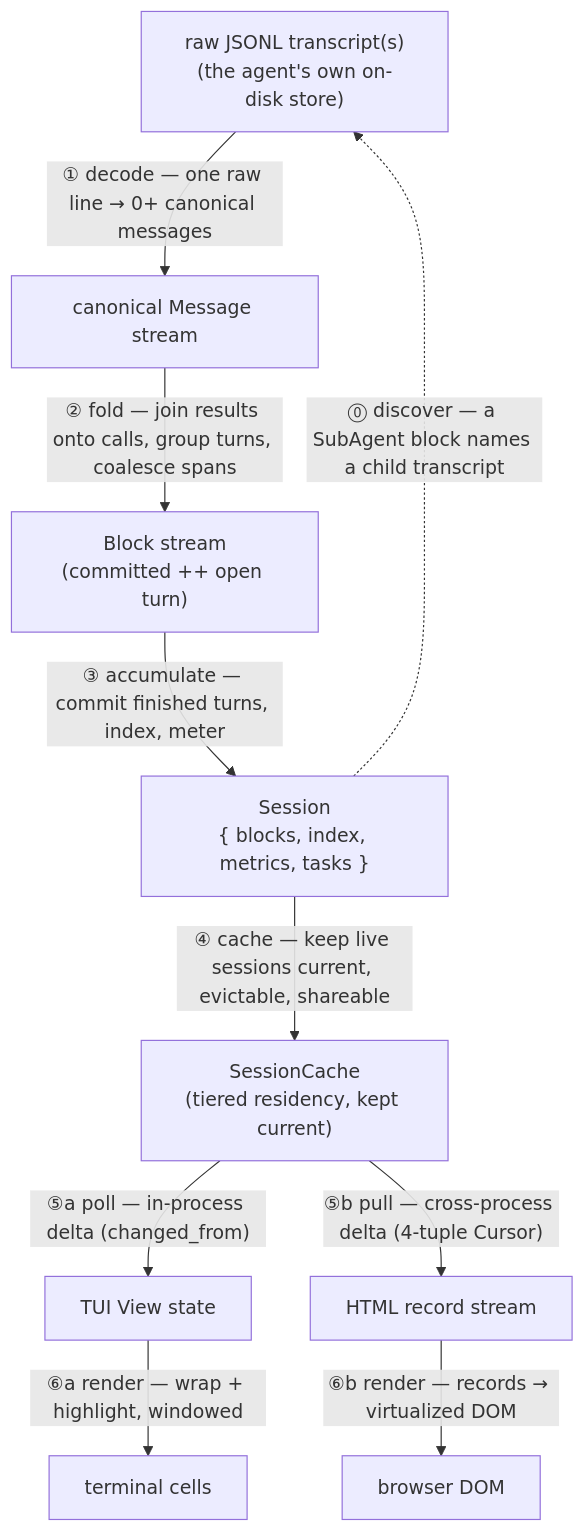
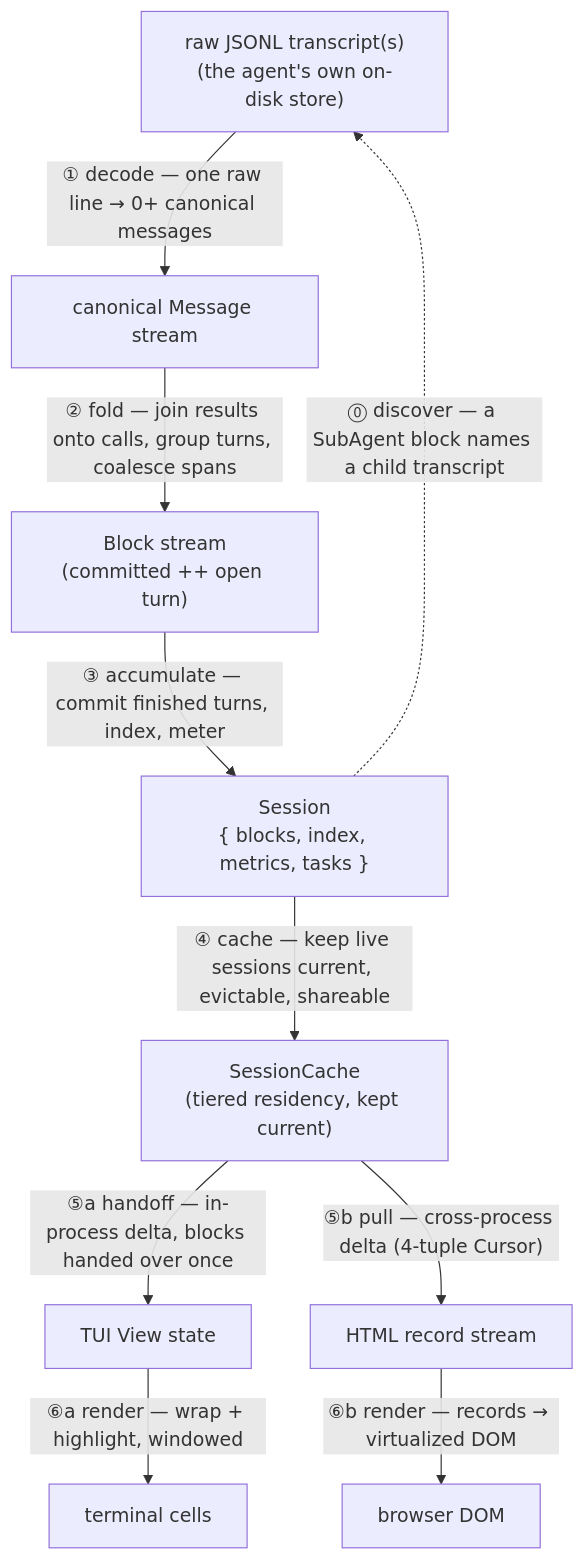
Before and after one commit to tanghong123/claude-replay: the diagram in docs/architecture.md, drawn with Mermaid. The commit also changed other lines of this file and 1 other file, not shown here.

First line of the commit message:
docs: SessionCache as THE unified data layer; #76 reality throughout (#77)

````diff
--- a/docs/architecture.md
+++ b/docs/architecture.md
@@ -83,22 +83,22 @@
 ```mermaid
 flowchart TB
   RAW["raw JSONL transcript(s)<br/>(the agent's own on-disk store)"]
   MSG["canonical Message stream"]
   BLK["Block stream<br/>(committed ++ open turn)"]
   SES["Session<br/>{ blocks, index, metrics, tasks }"]
   CACHE["SessionCache<br/>(tiered residency, kept current)"]
   TUI["TUI View state"]
   HTMLR["HTML record stream"]
   TERM["terminal cells"]
   DOM["browser DOM"]
 
   RAW  -->|"① decode — one raw line → 0+ canonical messages"| MSG
   MSG  -->|"② fold — join results onto calls, group turns, coalesce spans"| BLK
   BLK  -->|"③ accumulate — commit finished turns, index, meter"| SES
   SES  -->|"④ cache — keep live sessions current, evictable, shareable"| CACHE
-  CACHE -->|"⑤a poll — in-process delta (changed_from)"| TUI
+  CACHE -->|"⑤a handoff — in-process delta, blocks handed over once"| TUI
   CACHE -->|"⑤b pull — cross-process delta (4-tuple Cursor)"| HTMLR
   TUI  -->|"⑥a render — wrap + highlight, windowed"| TERM
   HTMLR -->|"⑥b render — records → virtualized DOM"| DOM
   SES  -.->|"⓪ discover — a SubAgent block names a child transcript"| RAW
 ```
````
